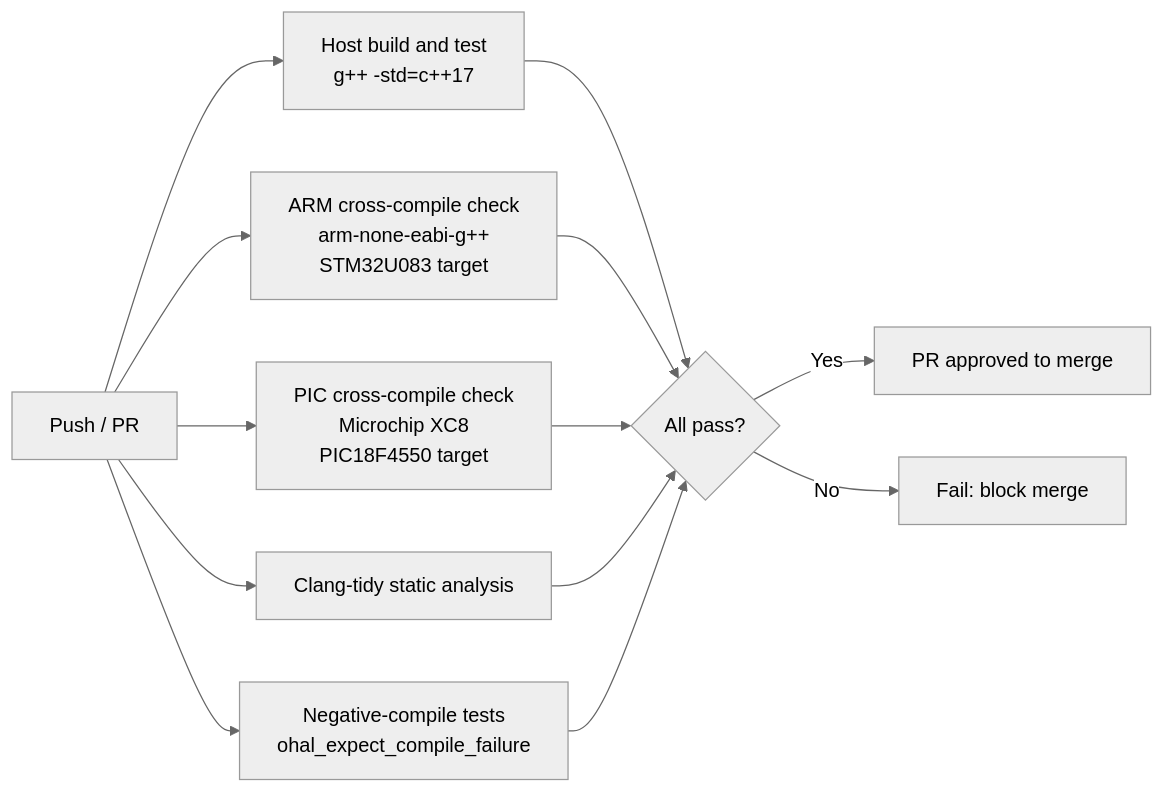
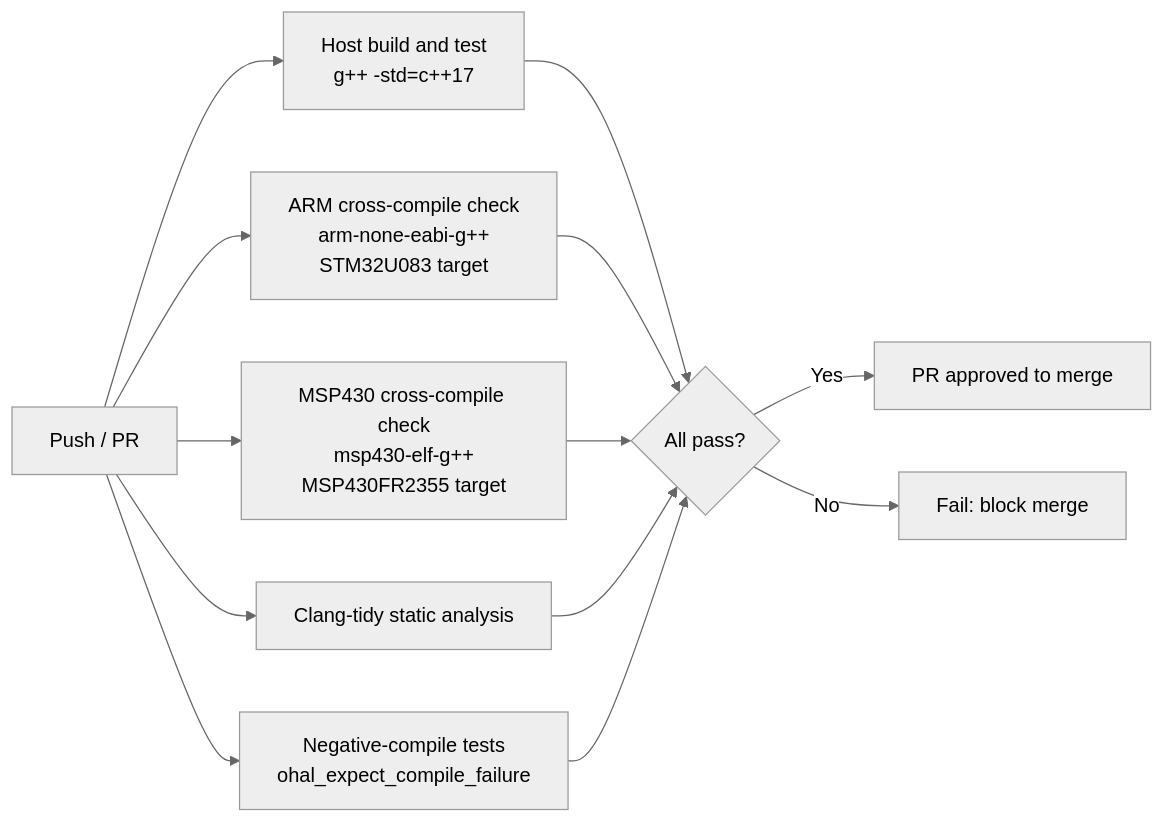
The diagram in docs/steps/step-12-ci.md (grahame-org/ohal), drawn with Mermaid (neutral theme) before and after one commit. The commit also changed other lines of this file and 7 other files, not shown here.

First line of the commit message:
docs: replace PIC18F4550 with MSP430FR2355 in steps 9–16 of plan

````diff
--- a/docs/steps/step-12-ci.md
+++ b/docs/steps/step-12-ci.md
@@ -7,15 +7,15 @@
 ```mermaid
 flowchart LR
     A[Push / PR] --> B[Host build and test<br/>g++ -std=c++17]
     A --> C[ARM cross-compile check<br/>arm-none-eabi-g++<br/>STM32U083 target]
-    A --> D[PIC cross-compile check<br/>Microchip XC8<br/>PIC18F4550 target]
+    A --> D[MSP430 cross-compile check<br/>msp430-elf-g++<br/>MSP430FR2355 target]
     A --> E[Clang-tidy static analysis]
     A --> F[Negative-compile tests<br/>ohal_expect_compile_failure]
     B --> G{All pass?}
     C --> G
     D --> G
     E --> G
     F --> G
     G -- Yes --> H[PR approved to merge]
     G -- No  --> I[Fail: block merge]
 ```
````
